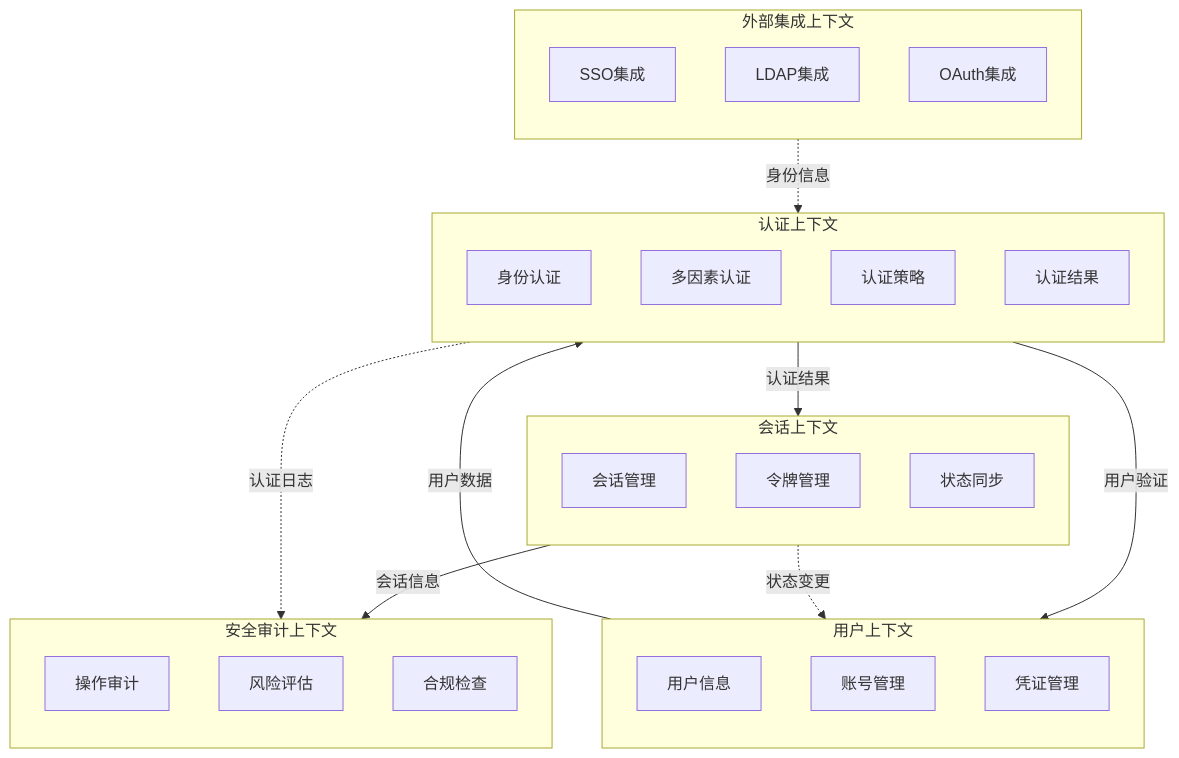
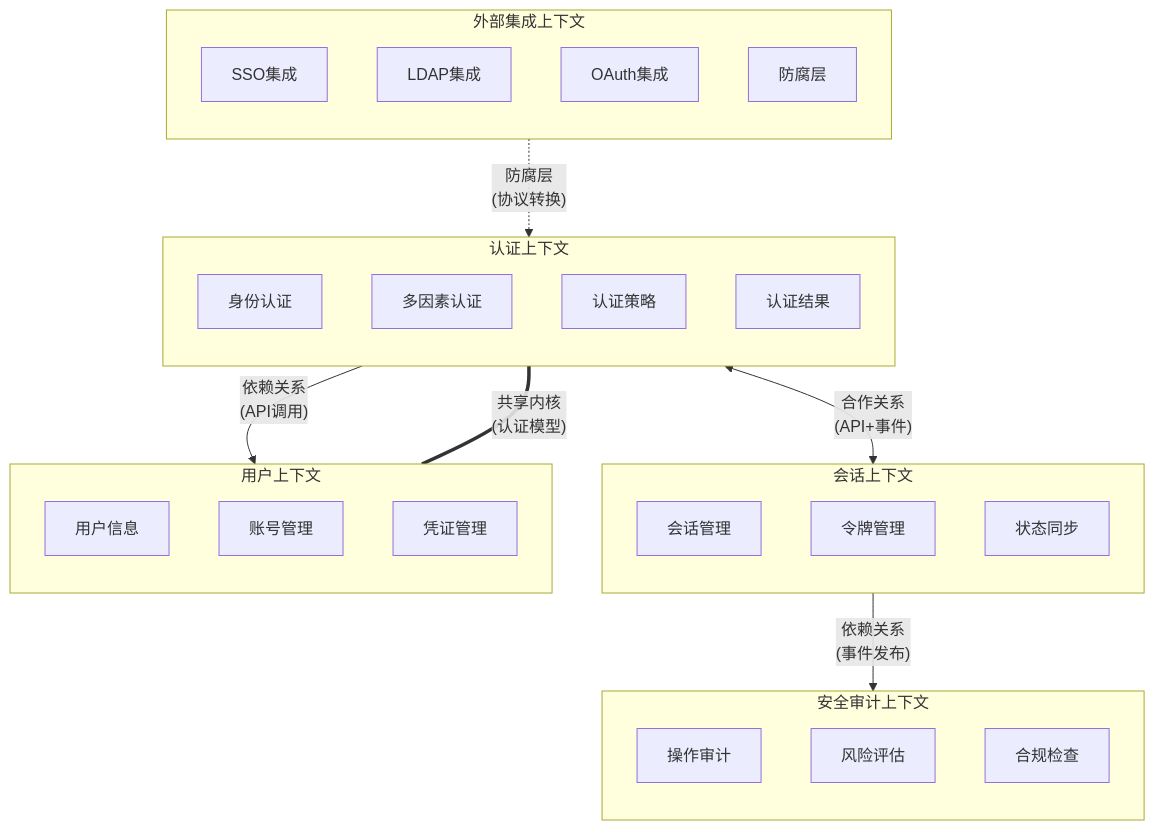
Before and after one commit to jamesdx/dove: the diagram in doc/06 ddd/Dove_DDD_BoundedContext_Login_System_v1.0.1.md, drawn with Mermaid. The commit also changed other lines of this file and 7 other files, not shown here.

````diff
--- a/doc/06 ddd/Dove_DDD_BoundedContext_Login_System_v1.0.1.md
+++ b/doc/06 ddd/Dove_DDD_BoundedContext_Login_System_v1.0.1.md
@@ -7,49 +7,60 @@
 ```mermaid
 graph TB
+    %% 定义限界上下文
     subgraph BC1[认证上下文]
         direction TB
         A1[身份认证]
         A2[多因素认证]
         A3[认证策略]
         A4[认证结果]
     end
 
     subgraph BC2[会话上下文]
         direction TB
         B1[会话管理]
         B2[令牌管理]
         B3[状态同步]
     end
 
     subgraph BC3[用户上下文]
         direction TB
         C1[用户信息]
         C2[账号管理]
         C3[凭证管理]
     end
 
     subgraph BC4[安全审计上下文]
         direction TB
         D1[操作审计]
         D2[风险评估]
         D3[合规检查]
     end
 
     subgraph BC5[外部集成上下文]
         direction TB
         E1[SSO集成]
         E2[LDAP集成]
         E3[OAuth集成]
+        E4[防腐层]
     end
 
-    %% 强依赖关系
-    BC1 -->|认证结果| BC2
-    BC1 -->|用户验证| BC3
-    BC2 -->|会话信息| BC4
-    BC3 -->|用户数据| BC1
+    %% 定义关系
+    %% 合作关系（双向箭头）
+    BC1 <--> |"合作关系\n(API+事件)"| BC2
 
-    %% 弱依赖关系
-    BC1 -.->|认证日志| BC4
-    BC5 -.->|身份信息| BC1
-    BC2 -.->|状态变更| BC3
+    %% 依赖关系（单向箭头）
+    BC1 --> |"依赖关系\n(API调用)"| BC3
+    BC2 --> |"依赖关系\n(事件发布)"| BC4
+
+    %% 共享内核（双向实线）
+    BC1 === |"共享内核\n(认证模型)"| BC3
+
+    %% 防腐层（虚线）
+    BC5 -.-> |"防腐层\n(协议转换)"| BC1
+
+    %% 标注通信方式
+    classDef api fill:#f9f,stroke:#333,stroke-width:2px
+    classDef event fill:#bbf,stroke:#333,stroke-width:2px
+    classDef shared fill:#bfb,stroke:#333,stroke-width:2px
+    classDef acl fill:#fbb,stroke:#333,stroke-width:2px
 ```
````
